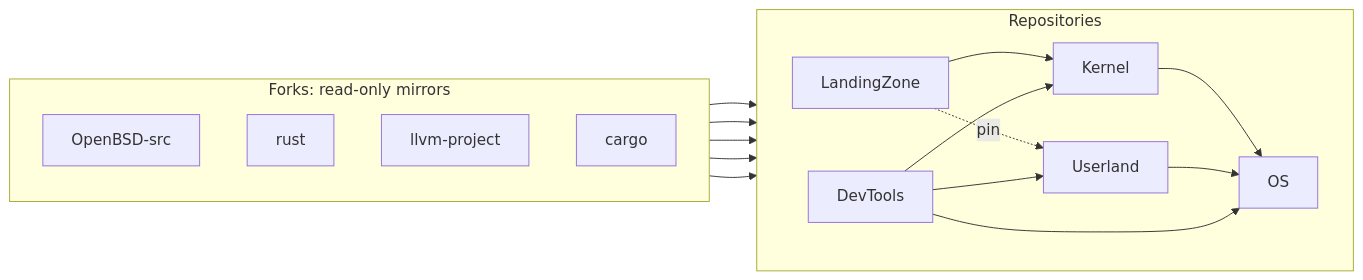
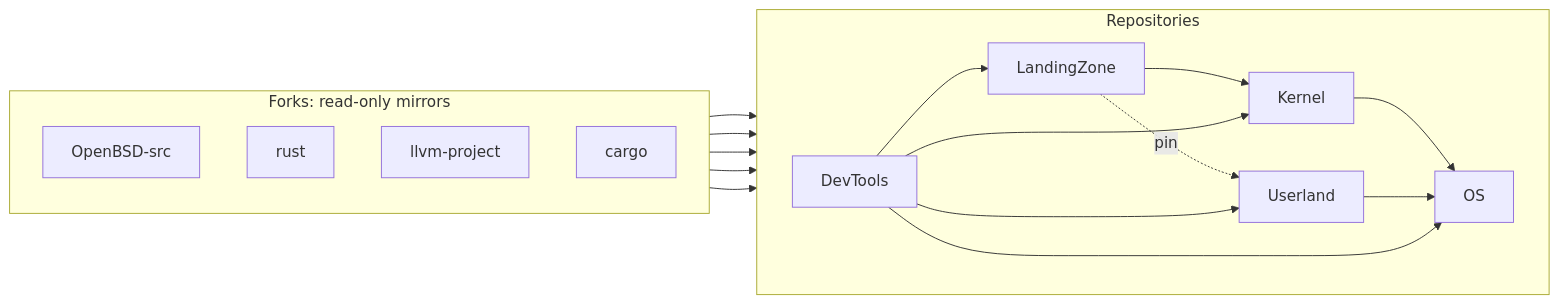
The diagram in README.md (EmiBSD/Governance), drawn with Mermaid before and after one commit. The commit also changed 2 other files, not shown here.

Commit message:
docs: DevTools feeds LandingZone too, in the diagrams, the arrow table and invariant 7

````diff
--- a/README.md
+++ b/README.md
@@ -32,30 +32,31 @@
 ```mermaid
 flowchart LR
     subgraph forks["Forks: read-only mirrors"]
         direction TB
         obsd["OpenBSD-src"]
         rust["rust"]
         llvmrs["llvm-project"]
         cargo["cargo"]
     end
     subgraph repos["Repositories"]
         direction LR
         dev["DevTools"]
         lz["LandingZone"]
         ul["Userland"]
         k["Kernel"]
         os["OS"]
     end
     rust --> dev
     llvmrs --> dev
     cargo --> dev
     obsd --> lz
     obsd --> ul
     lz --> k
     lz -. pin .-> ul
+    dev --> lz
     dev --> ul
     dev --> k
     k --> os
     ul --> os
     dev --> os
 ```
````
